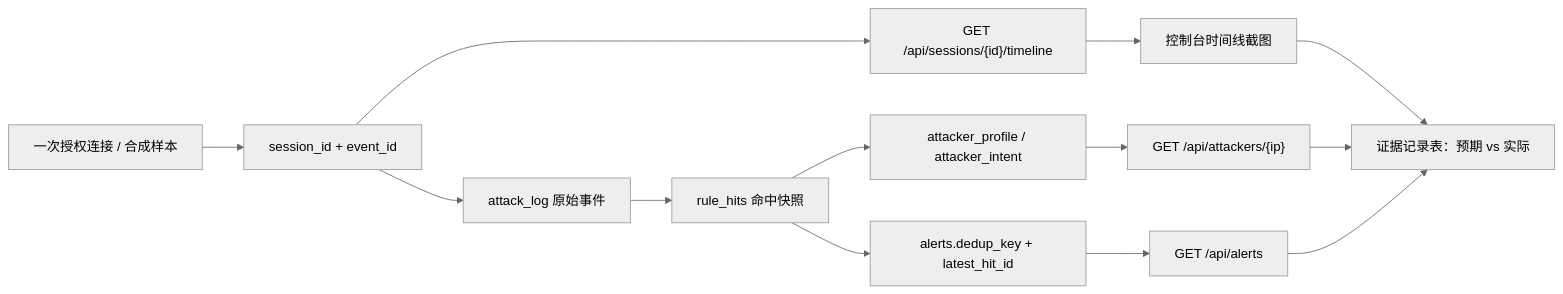
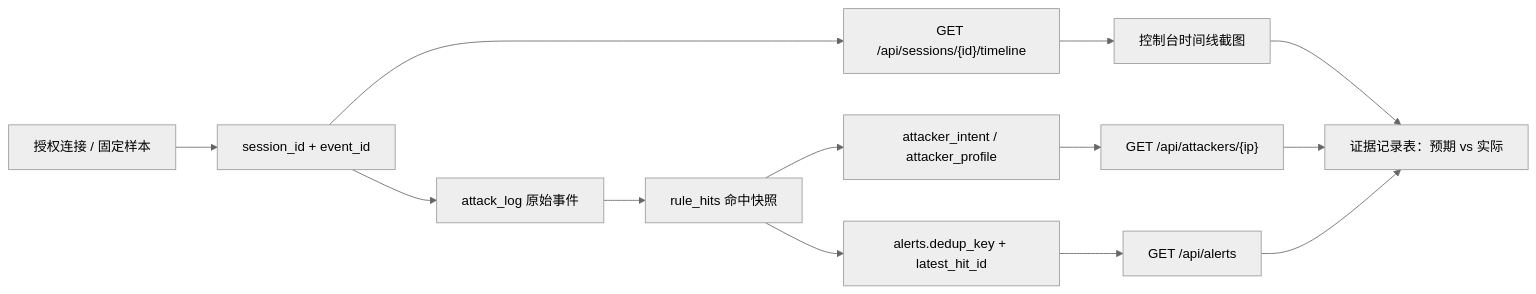
Before and after one commit to LuvW-Q/db-honeypot: the diagram in docs/test-plan.md, drawn with Mermaid (neutral theme). The commit also changed other lines of this file and 18 other files, not shown here.

First line of the commit message:
docs: 同步五模块架构、部署、测试计划与双主题截图

````diff
--- a/docs/test-plan.md
+++ b/docs/test-plan.md
@@ -35,15 +61,15 @@
 ```mermaid
 flowchart LR
-    A["一次授权连接 / 合成样本"] --> B["session_id + event_id"]
+    A["授权连接 / 固定样本"] --> B["session_id + event_id"]
     B --> C["attack_log 原始事件"]
     C --> D["rule_hits 命中快照"]
-    D --> E["attacker_profile / attacker_intent"]
+    D --> E["attacker_intent / attacker_profile"]
     D --> F["alerts.dedup_key + latest_hit_id"]
     B --> G["GET /api/sessions/{id}/timeline"]
     G --> H["控制台时间线截图"]
     E --> I["GET /api/attackers/{ip}"]
     F --> J["GET /api/alerts"]
     H --> K["证据记录表：预期 vs 实际"]
     I --> K
     J --> K
 ```
````
